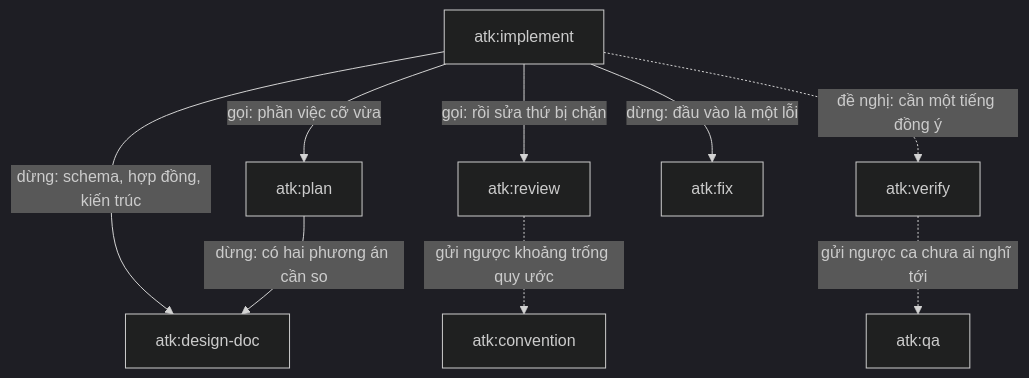
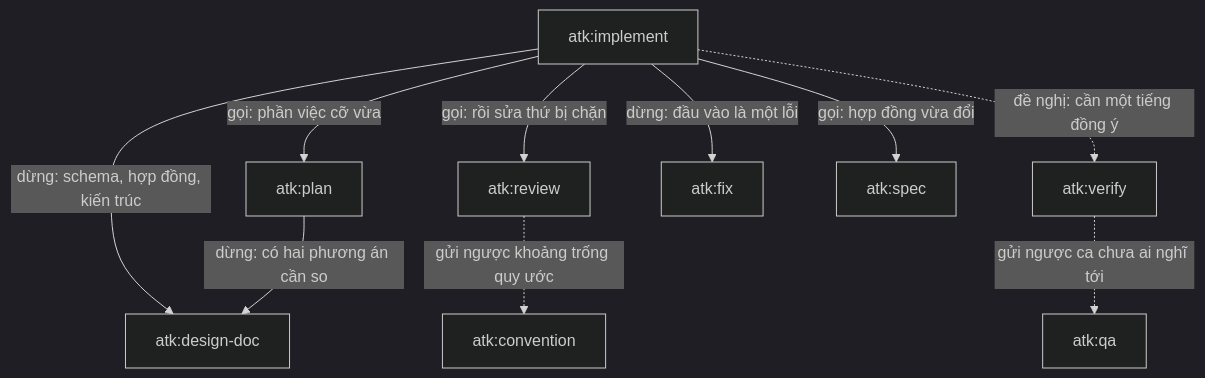
One commit to lamngockhuong/aiteamkit changed the second of 2 diagrams in docs/vi/flow/skill-lifecycle.md. Above: the diagram before and after it, drawn with Mermaid (dark theme). The commit also changed other lines of this file and 38 other files, not shown here.

First line of the commit message:
feat: add atk:spec, the reference document skill (#10)

````diff
--- a/docs/vi/flow/skill-lifecycle.md
+++ b/docs/vi/flow/skill-lifecycle.md
@@ -85,20 +85,22 @@
 ```mermaid
 flowchart TD
     IMP["atk:implement"]
     PLN["atk:plan"]
     DSG["atk:design-doc"]
     REV["atk:review"]
     VER["atk:verify"]
     FIX["atk:fix"]
     QA["atk:qa"]
     CNV["atk:convention"]
+    SPC["atk:spec"]
 
     IMP -->|"gọi: phần việc cỡ vừa"| PLN
     IMP -->|"gọi: rồi sửa thứ bị chặn"| REV
     IMP -->|"dừng: schema, hợp đồng, kiến trúc"| DSG
     IMP -->|"dừng: đầu vào là một lỗi"| FIX
     PLN -->|"dừng: có hai phương án cần so"| DSG
+    IMP -->|"gọi: hợp đồng vừa đổi"| SPC
     IMP -.->|"đề nghị: cần một tiếng đồng ý"| VER
     REV -.->|"gửi ngược khoảng trống quy ước"| CNV
     VER -.->|"gửi ngược ca chưa ai nghĩ tới"| QA
 ```
````
